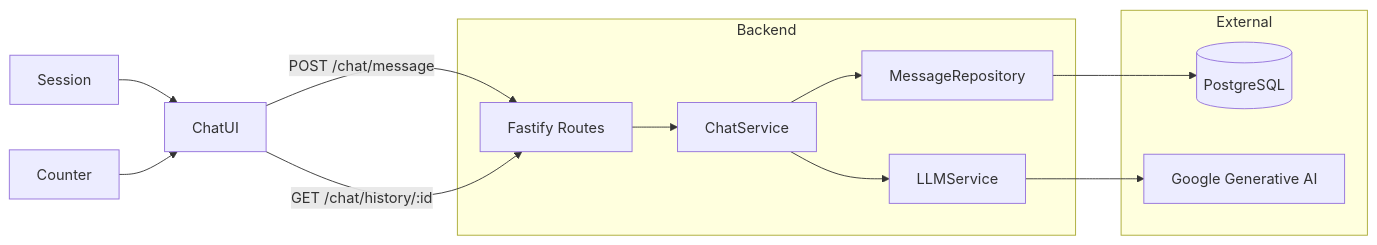
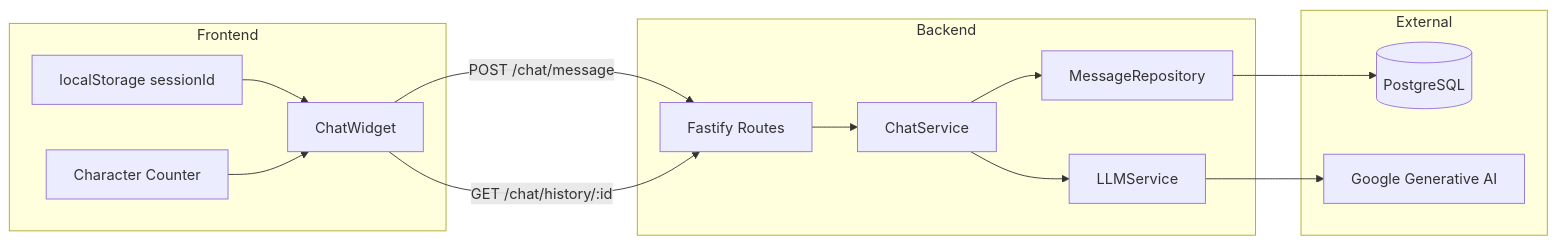
Before and after one commit to Rkarama26/Assginment: the diagram in README.md, drawn with Mermaid. The commit also changed other lines of this file, not shown here.

````diff
--- a/README.md
+++ b/README.md
@@ -117,26 +113,30 @@
 ```mermaid
 flowchart LR
-
+    subgraph frontend [Frontend]
+        ChatUI[ChatWidget]
+        Session[localStorage sessionId]
+        Counter[Character Counter]
+    end
 
     subgraph backend [Backend]
         Routes[Fastify Routes]
         ChatSvc[ChatService]
         LLMSvc[LLMService]
         Repo[MessageRepository]
     end
 
     subgraph external [External]
         PG[(PostgreSQL)]
         Google[Google Generative AI]
     end
 
     ChatUI -->|POST /chat/message| Routes
     ChatUI -->|GET /chat/history/:id| Routes
     Routes --> ChatSvc
     ChatSvc --> Repo
     ChatSvc --> LLMSvc
     Repo --> PG
     LLMSvc --> Google
     Session --> ChatUI
     Counter --> ChatUI
 ```
````
